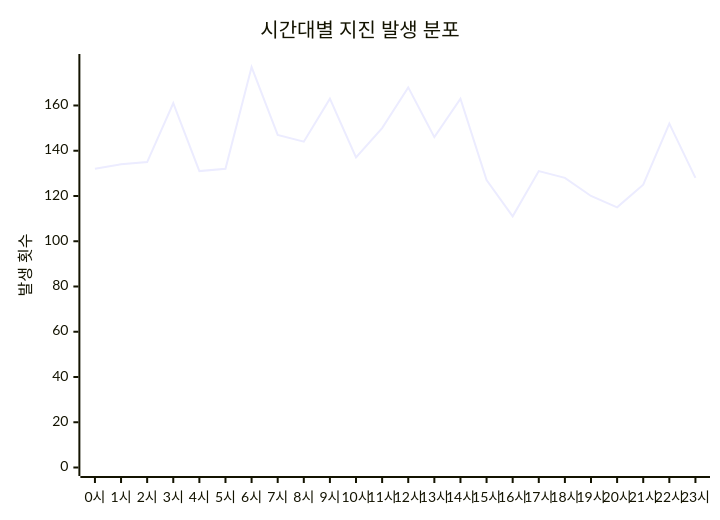
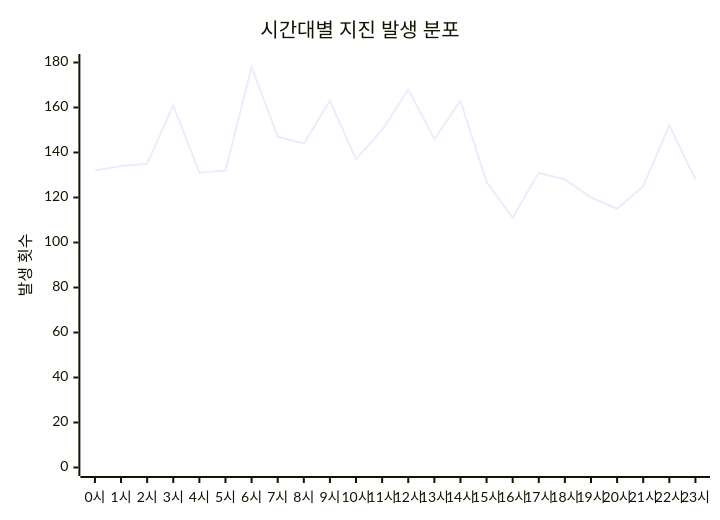
The diagram in charts/time-chart.md (serendip811/japan-eq), drawn with Mermaid before and after one commit. The commit also changed other lines of this file and 5 other files, not shown here.

Commit message:
Update earthquake data and charts Tue Jan  6 07:08:39 UTC 2026

````diff
--- a/charts/time-chart.md
+++ b/charts/time-chart.md
@@ -3,7 +3,7 @@
 ```mermaid
 xychart-beta
     title "시간대별 지진 발생 분포"
     x-axis ["0시", "1시", "2시", "3시", "4시", "5시", "6시", "7시", "8시", "9시", "10시", "11시", "12시", "13시", "14시", "15시", "16시", "17시", "18시", "19시", "20시", "21시", "22시", "23시"]
-    y-axis "발생 횟수" 0 --> 179
-    line [132, 134, 135, 161, 131, 132, 177, 147, 144, 163, 137, 150, 168, 146, 163, 127, 111, 131, 128, 120, 115, 125, 152, 128]
+    y-axis "발생 횟수" 0 --> 180
+    line [132, 134, 135, 161, 131, 132, 178, 147, 144, 163, 137, 150, 168, 146, 163, 127, 111, 131, 128, 120, 115, 125, 152, 128]
 ```
````
